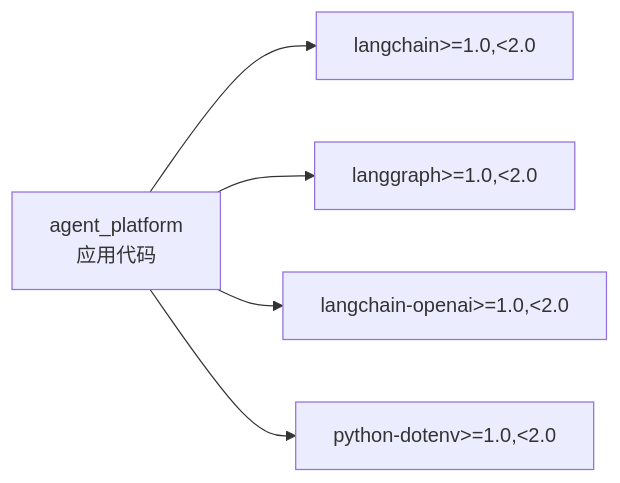
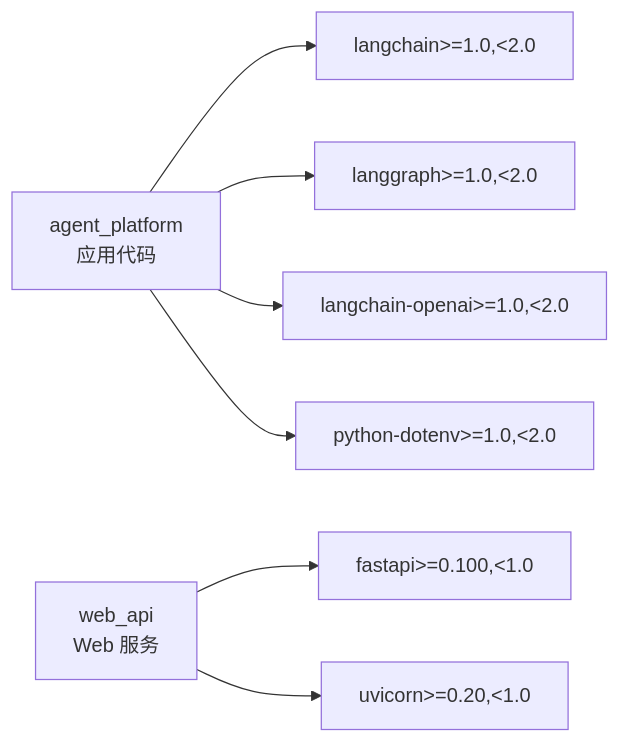
Diagram 11 of 11 in .qoder/repowiki/zh/content/项目概述.md (xyx1028/agentHelp), drawn with Mermaid before and after one commit. The commit also changed other lines of this file and 73 other files, not shown here.

````diff
--- a/.qoder/repowiki/zh/content/项目概述.md
+++ b/.qoder/repowiki/zh/content/项目概述.md
@@ -310,7 +396,9 @@
 ```mermaid
 graph LR
 App["agent_platform<br/>应用代码"] --> LC["langchain>=1.0,<2.0"]
 App --> LG["langgraph>=1.0,<2.0"]
 App --> LCO["langchain-openai>=1.0,<2.0"]
 App --> DotEnv["python-dotenv>=1.0,<2.0"]
+WebAPI["web_api<br/>Web 服务"] --> FastAPI["fastapi>=0.100,<1.0"]
+WebAPI --> Uvicorn["uvicorn>=0.20,<1.0"]
 ```
````
